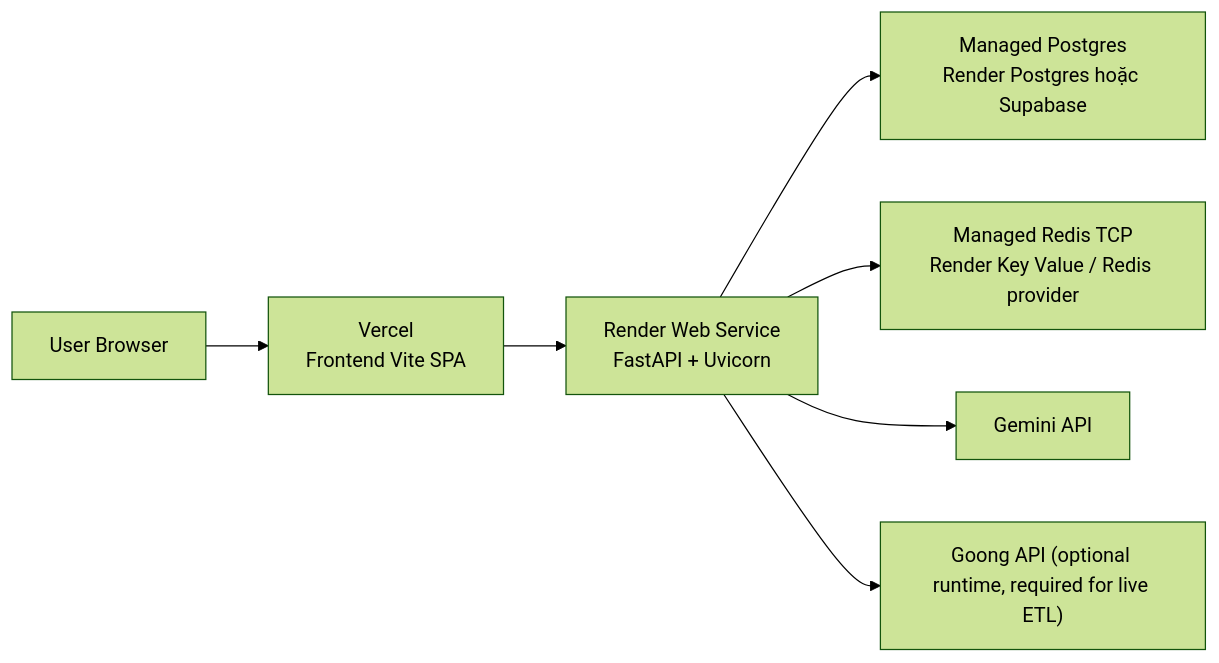
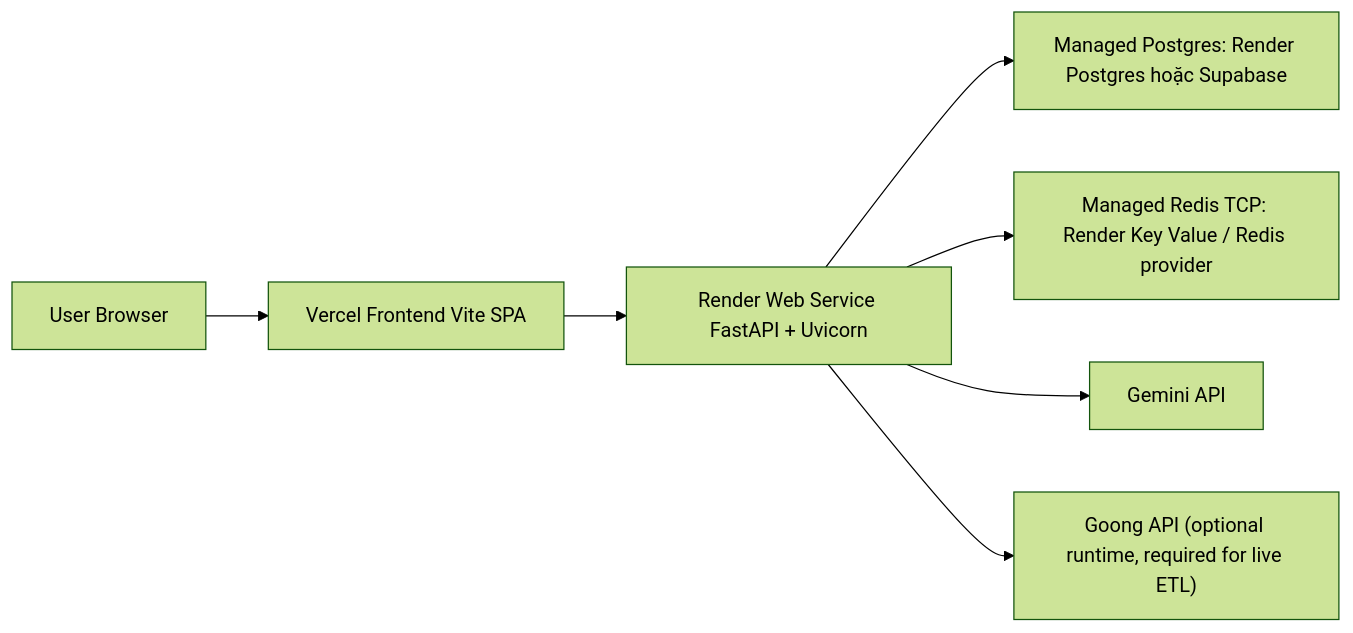
The diagram in docs/STAGING_DEPLOYMENT_GUIDE.md (KhoiBui16/NT208-ai-travel-itinerary-recommendation-system), drawn with Mermaid (forest theme) before and after one commit. The commit also changed other lines of this file and 15 other files, not shown here.

````diff
--- a/docs/STAGING_DEPLOYMENT_GUIDE.md
+++ b/docs/STAGING_DEPLOYMENT_GUIDE.md
@@ -33,9 +33,9 @@
 ```mermaid
 flowchart LR
-    Browser["User Browser"] --> Vercel["Vercel<br/>Frontend Vite SPA"]
-    Vercel --> RenderAPI["Render Web Service<br/>FastAPI + Uvicorn"]
-    RenderAPI --> Postgres["Managed Postgres<br/>Render Postgres hoặc Supabase"]
-    RenderAPI --> Redis["Managed Redis TCP<br/>Render Key Value / Redis provider"]
+    Browser["User Browser"] --> Vercel["Vercel Frontend Vite SPA"]
+    Vercel --> RenderAPI["Render Web Service FastAPI + Uvicorn"]
+    RenderAPI --> Postgres["Managed Postgres: Render Postgres hoặc Supabase"]
+    RenderAPI --> Redis["Managed Redis TCP: Render Key Value / Redis provider"]
     RenderAPI --> Gemini["Gemini API"]
     RenderAPI --> Goong["Goong API (optional runtime, required for live ETL)"]
 ```
````
